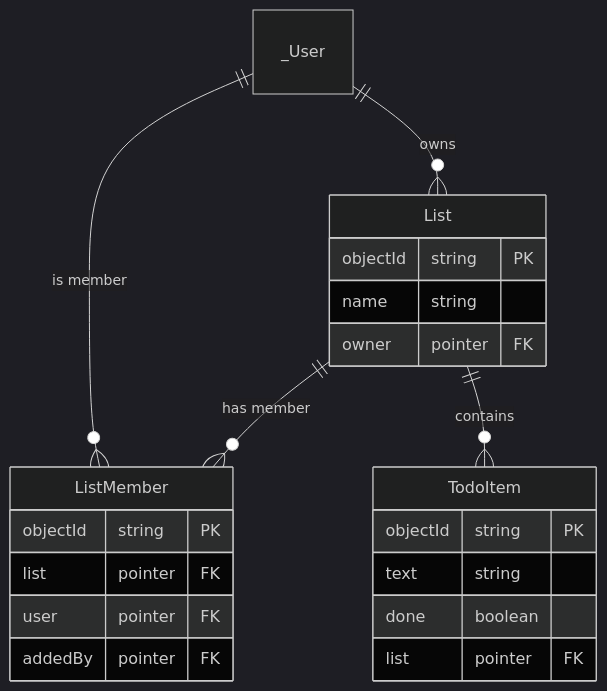
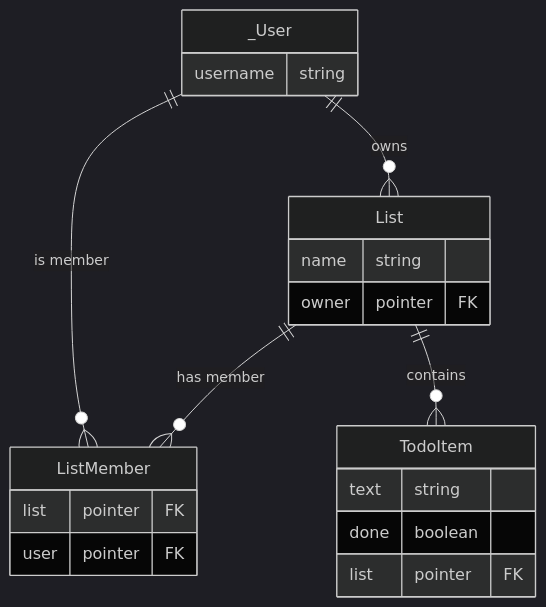
The third of 3 diagrams in Lectures/Technical/Backend/Relationships-Between-Object-Classes.md (itu-tid/itu-tid.github.io), drawn with Mermaid (dark theme) before and after one commit. The commit also changed other lines of this file and 6 other files, not shown here.

````diff
--- a/Lectures/Technical/Backend/Relationships-Between-Object-Classes.md
+++ b/Lectures/Technical/Backend/Relationships-Between-Object-Classes.md
@@ -249,24 +204,23 @@
 ```mermaid
 erDiagram
     _User ||--o{ List : owns
     _User ||--o{ ListMember : "is member"
     List ||--o{ ListMember : "has member"
     List ||--o{ TodoItem : contains
+    _User {
+        username string
+    }
     List {
-        objectId string PK
         name     string
         owner    pointer FK
     }
     ListMember {
-        objectId string  PK
         list     pointer FK
         user     pointer FK
-        addedBy  pointer FK
     }
     TodoItem {
-        objectId string  PK
         text     string
         done     boolean
         list     pointer FK
     }
 ```
````
